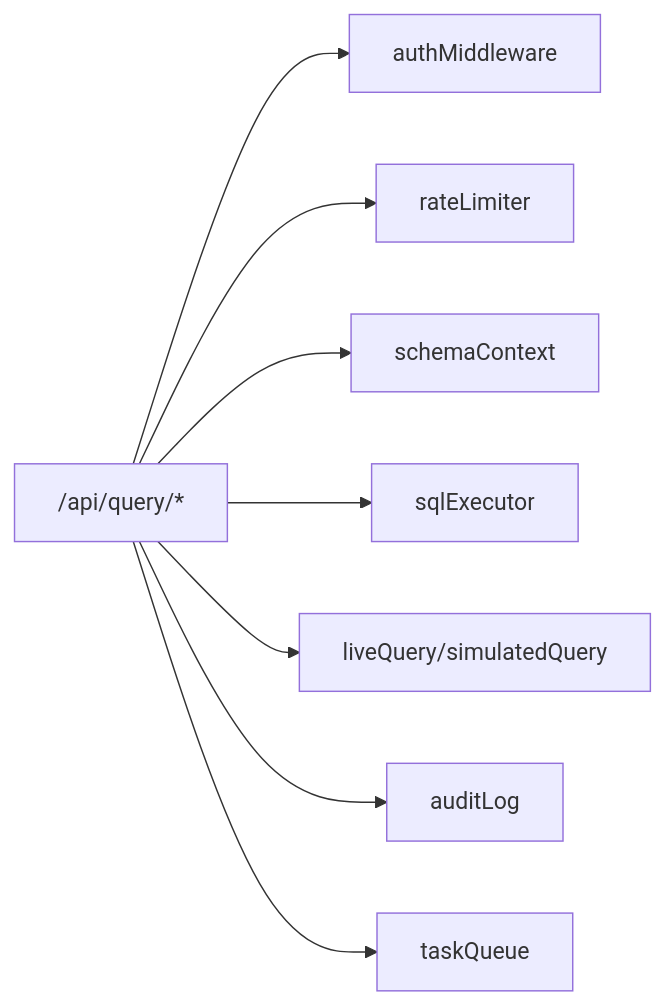
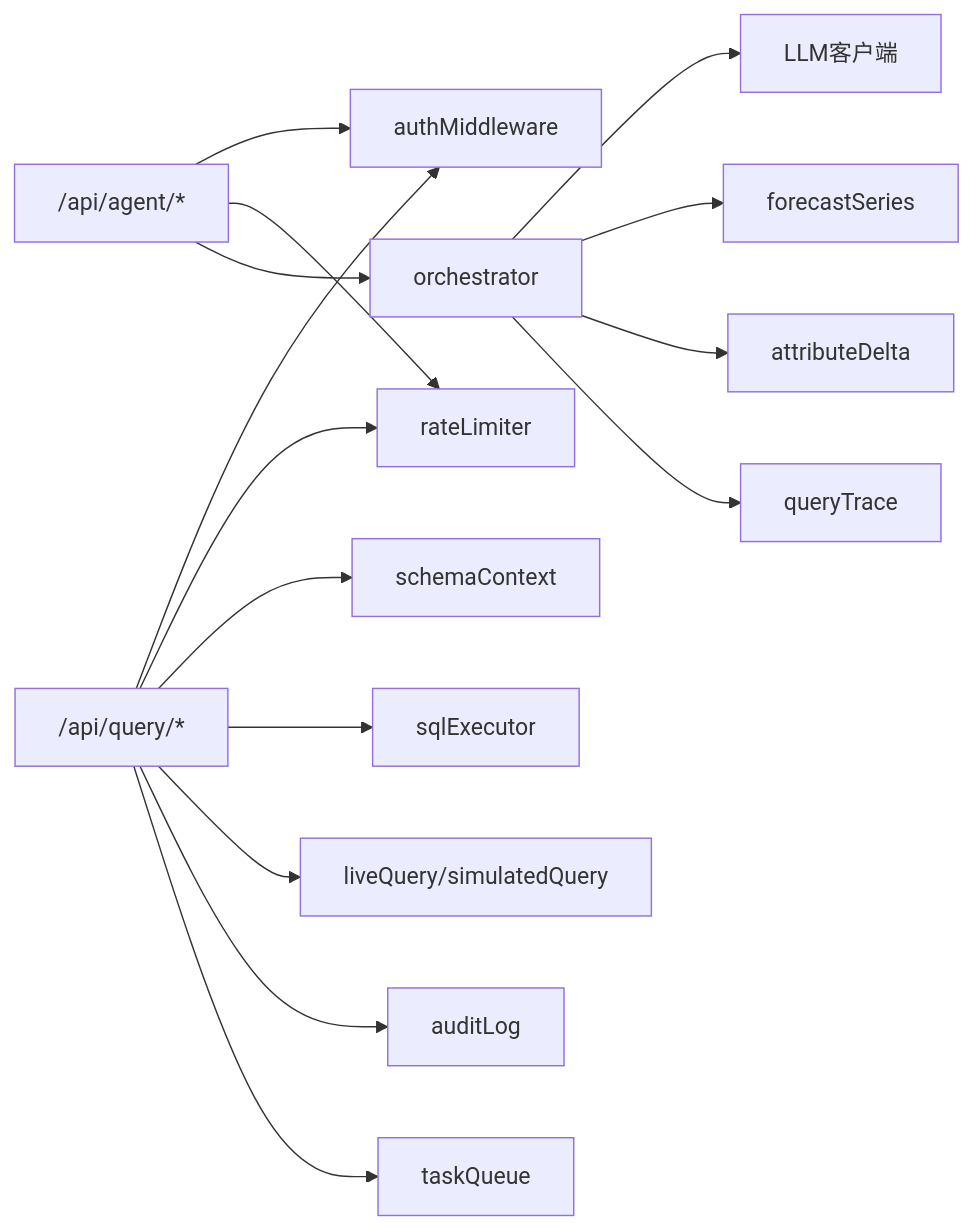
Before and after one commit to dgjin/smart-data-analytics: the sixth of 6 diagrams in .qoder/repowiki/zh/content/API参考/API参考.md, drawn with Mermaid. The commit also changed other lines of this file and 146 other files, not shown here.

````diff
--- a/.qoder/repowiki/zh/content/API参考/API参考.md
+++ b/.qoder/repowiki/zh/content/API参考/API参考.md
@@ -308,10 +397,17 @@
 ```mermaid
 graph LR
 Q["/api/query/*"] --> AC["authMiddleware"]
 Q --> RL["rateLimiter"]
 Q --> SC["schemaContext"]
 Q --> SQ["sqlExecutor"]
 Q --> LQ["liveQuery/simulatedQuery"]
 Q --> AU["auditLog"]
 Q --> TQ["taskQueue"]
+AG["/api/agent/*"] --> AC
+AG --> RL
+AG --> OC["orchestrator"]
+OC --> LL["LLM客户端"]
+OC --> FA["forecastSeries"]
+OC --> AT["attributeDelta"]
+OC --> QT["queryTrace"]
 ```
````
